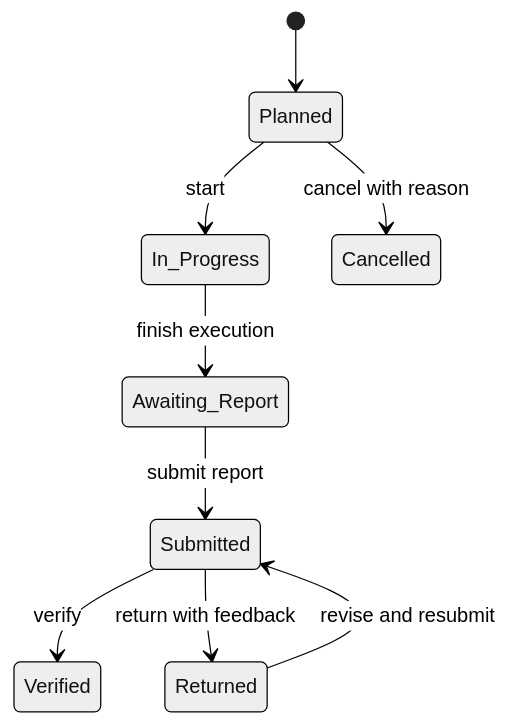
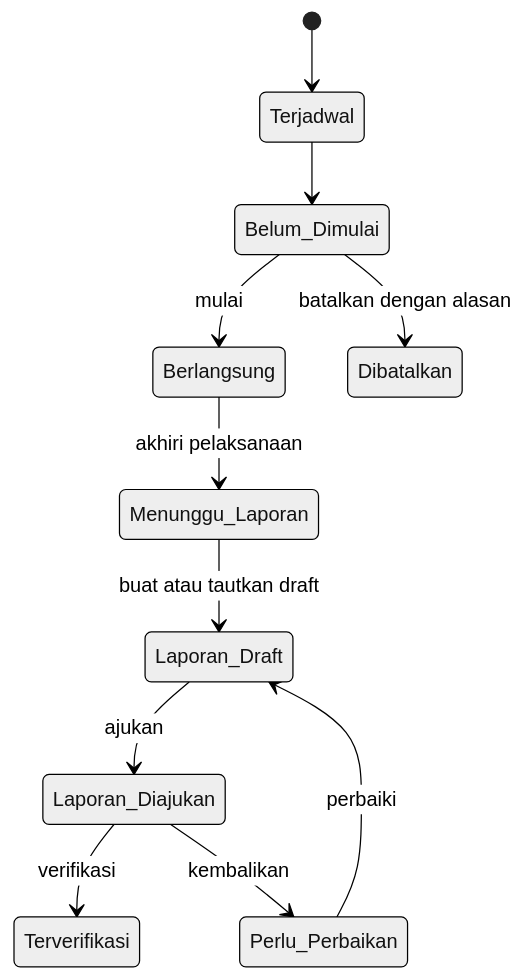
One commit to yogawillyutomo/SMARTLAB changed the second of 4 diagrams in docs/product/SMARTLAB_OPERATIONAL_WORKFLOW_SPEC.md. Above: the diagram before and after it, drawn with Mermaid (neutral theme). The commit also changed other lines of this file and 1 other file, not shown here.

````diff
--- a/docs/product/SMARTLAB_OPERATIONAL_WORKFLOW_SPEC.md
+++ b/docs/product/SMARTLAB_OPERATIONAL_WORKFLOW_SPEC.md
@@ -102,11 +168,13 @@
 ```mermaid
 stateDiagram-v2
-  [*] --> Planned
-  Planned --> In_Progress: start
-  Planned --> Cancelled: cancel with reason
-  In_Progress --> Awaiting_Report: finish execution
-  Awaiting_Report --> Submitted: submit report
-  Submitted --> Verified: verify
-  Submitted --> Returned: return with feedback
-  Returned --> Submitted: revise and resubmit
+  [*] --> Terjadwal
+  Terjadwal --> Belum_Dimulai
+  Belum_Dimulai --> Berlangsung: mulai
+  Belum_Dimulai --> Dibatalkan: batalkan dengan alasan
+  Berlangsung --> Menunggu_Laporan: akhiri pelaksanaan
+  Menunggu_Laporan --> Laporan_Draft: buat atau tautkan draft
+  Laporan_Draft --> Laporan_Diajukan: ajukan
+  Laporan_Diajukan --> Terverifikasi: verifikasi
+  Laporan_Diajukan --> Perlu_Perbaikan: kembalikan
+  Perlu_Perbaikan --> Laporan_Draft: perbaiki
 ```
````
